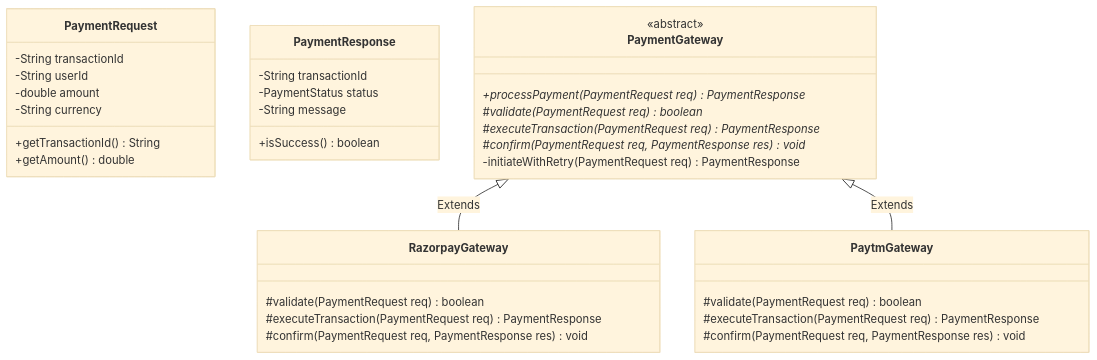
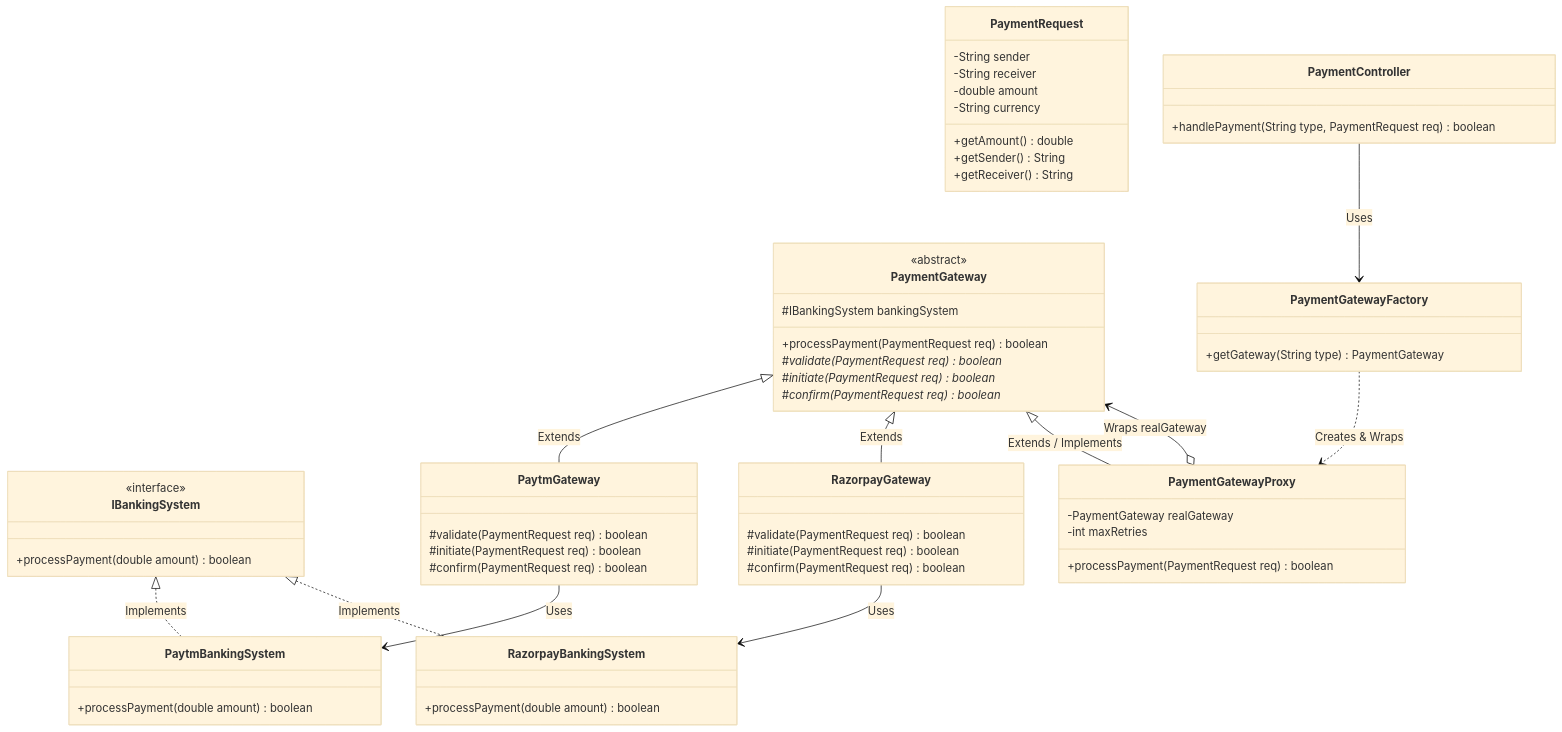
One commit to rohithgowda18/Notes changed the fourth of 5 diagrams in 04-OOPs-and-Design-Patterns/04-LLD-Case-Studies/23-Build-Payment-Gateway-System.md. Above: the diagram before and after it, drawn with Mermaid (base theme). The commit also changed other lines of this file and 30 other files, not shown here.

````diff
--- a/04-OOPs-and-Design-Patterns/04-LLD-Case-Studies/23-Build-Payment-Gateway-System.md
+++ b/04-OOPs-and-Design-Patterns/04-LLD-Case-Studies/23-Build-Payment-Gateway-System.md
@@ -51,42 +120,74 @@
 ```mermaid
 classDiagram
     class PaymentRequest {
-        -String transactionId
-        -String userId
+        -String sender
+        -String receiver
         -double amount
         -String currency
-        +getTransactionId() String
         +getAmount() double
+        +getSender() String
+        +getReceiver() String
     }
 
-    class PaymentResponse {
-        -String transactionId
-        -PaymentStatus status
-        -String message
-        +isSuccess() boolean
+    class IBankingSystem {
+        <<interface>>
+        +processPayment(double amount) boolean
+    }
+
+    class PaytmBankingSystem {
+        +processPayment(double amount) boolean
+    }
+
+    class RazorpayBankingSystem {
+        +processPayment(double amount) boolean
     }
 
     class PaymentGateway {
         <<abstract>>
-        +processPayment(PaymentRequest req)* PaymentResponse
+        #IBankingSystem bankingSystem
+        +processPayment(PaymentRequest req) boolean
         #validate(PaymentRequest req)* boolean
-        #executeTransaction(PaymentRequest req)* PaymentResponse
-        #confirm(PaymentRequest req, PaymentResponse res)* void
-        -initiateWithRetry(PaymentRequest req) PaymentResponse
+        #initiate(PaymentRequest req)* boolean
+        #confirm(PaymentRequest req)* boolean
+    }
+
+    class PaytmGateway {
+        #validate(PaymentRequest req) boolean
+        #initiate(PaymentRequest req) boolean
+        #confirm(PaymentRequest req) boolean
     }
 
     class RazorpayGateway {
         #validate(PaymentRequest req) boolean
-        #executeTransaction(PaymentRequest req) PaymentResponse
-        #confirm(PaymentRequest req, PaymentResponse res) void
+        #initiate(PaymentRequest req) boolean
+        #confirm(PaymentRequest req) boolean
     }
 
-    class PaytmGateway {
-        #validate(PaymentRequest req) boolean
-        #executeTransaction(PaymentRequest req) PaymentResponse
-        #confirm(PaymentRequest req, PaymentResponse res) void
+    class PaymentGatewayProxy {
+        -PaymentGateway realGateway
+        -int maxRetries
+        +processPayment(PaymentRequest req) boolean
     }
 
+    class PaymentGatewayFactory {
+        +getGateway(String type) PaymentGateway
+    }
+
+    class PaymentController {
+        +handlePayment(String type, PaymentRequest req) boolean
+    }
+
+    IBankingSystem <|.. PaytmBankingSystem : Implements
+    IBankingSystem <|.. RazorpayBankingSystem : Implements
+
+    PaymentGateway <|-- PaytmGateway : Extends
     PaymentGateway <|-- RazorpayGateway : Extends
-    PaymentGateway <|-- PaytmGateway : Extends
+    PaymentGateway <|-- PaymentGatewayProxy : Extends / Implements
+
+    PaytmGateway --> PaytmBankingSystem : Uses
+    RazorpayGateway --> RazorpayBankingSystem : Uses
+
+    PaymentGatewayProxy o--> PaymentGateway : Wraps realGateway
+    PaymentGatewayFactory ..> PaymentGatewayProxy : Creates & Wraps
+    PaymentController --> PaymentGatewayFactory : Uses
 ```
````
